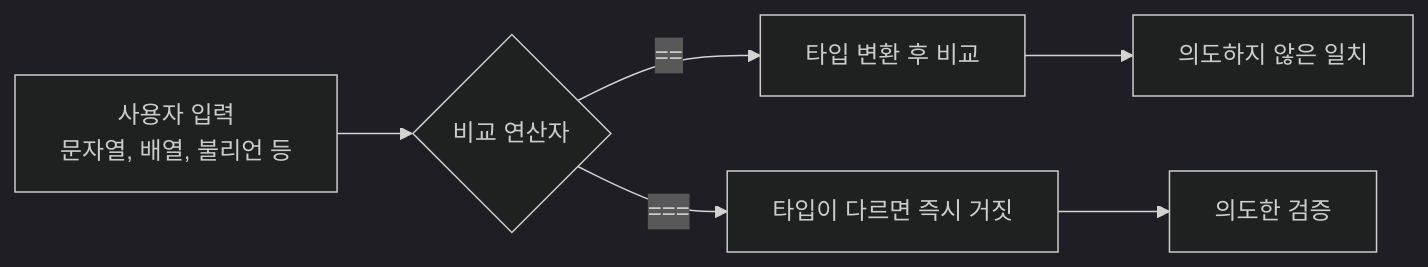
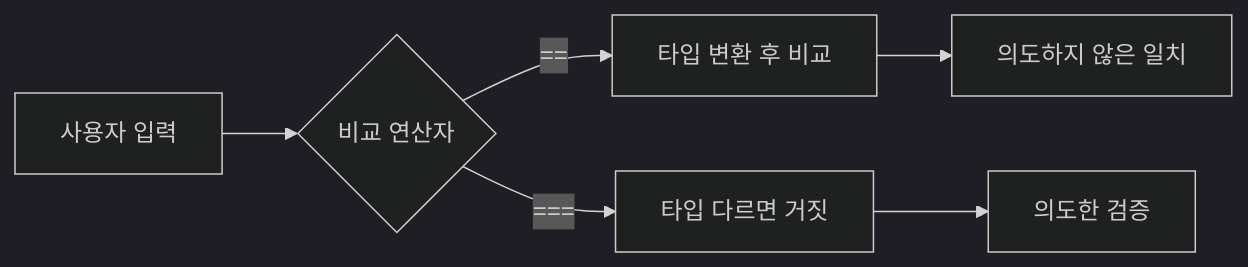
One commit to logiciris/logiciris.github.io changed the diagram in _notes/php-type-juggling.md. Above: the diagram before and after it, drawn with Mermaid (dark theme). The commit also changed 28 other files, not shown here.

Commit message:
Notes batches 1-2: qa fixes (accuracy, links, mermaid labels)

````diff
--- a/_notes/php-type-juggling.md
+++ b/_notes/php-type-juggling.md
@@ -22,8 +22,8 @@
 ```mermaid
 flowchart LR
-    A["사용자 입력<br/>문자열, 배열, 불리언 등"] --> B{"비교 연산자"}
+    A["사용자 입력"] --> B{"비교 연산자"}
     B -->|"=="| C["타입 변환 후 비교"]
-    B -->|"==="| D["타입이 다르면 즉시 거짓"]
+    B -->|"==="| D["타입 다르면 거짓"]
     C --> E["의도하지 않은 일치"]
     D --> F["의도한 검증"]
 ```
````
